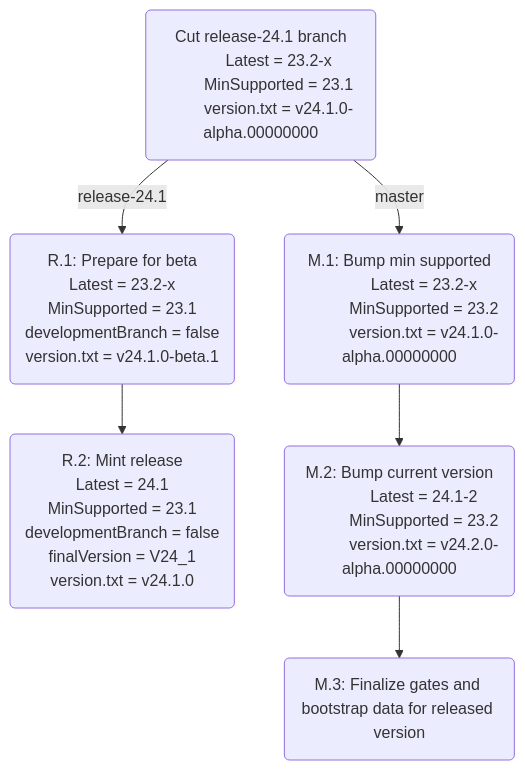
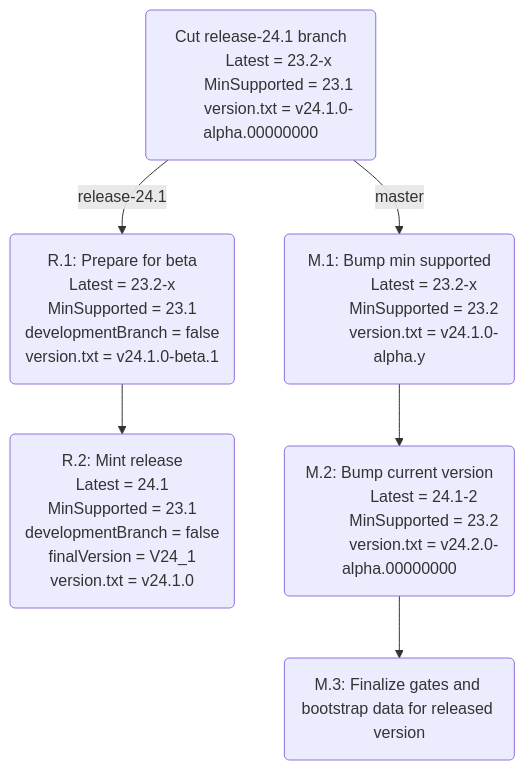
The diagram in pkg/clusterversion/README.md (cockroachdb/cockroach), drawn with Mermaid before and after one commit. The commit also changed other lines of this file and 53 other files, not shown here.

````diff
--- a/pkg/clusterversion/README.md
+++ b/pkg/clusterversion/README.md
@@ -19,43 +19,43 @@
 ```mermaid
 graph TD;
   base("Cut release-24.1 branch
         Latest = 23.2-x
         MinSupported = 23.1
         version.txt = v24.1.0-alpha.00000000")
     
   base -- release-24.1 --> rel1
   
   rel1("R.1: Prepare for beta
         Latest = 23.2-x
         MinSupported = 23.1
         developmentBranch = false
         version.txt = v24.1.0-beta.1")
   
   rel1 --> rel2
   
   rel2("R.2: Mint release
         Latest = 24.1
         MinSupported = 23.1
         developmentBranch = false
         finalVersion = V24_1
         version.txt = v24.1.0")
 
 
   base -- master --> master1
   
   master1("M.1: Bump min supported
            Latest = 23.2-x
            MinSupported = 23.2
-           version.txt = v24.1.0-alpha.00000000")
+           version.txt = v24.1.0-alpha.y")
             
   master1 --> master2
     
   master2("M.2: Bump current version
            Latest = 24.1-2
            MinSupported = 23.2
            version.txt = v24.2.0-alpha.00000000")
             
   master2 --> master3
             
   master3(M.3: Finalize gates and bootstrap data for released version)
 ```
````
